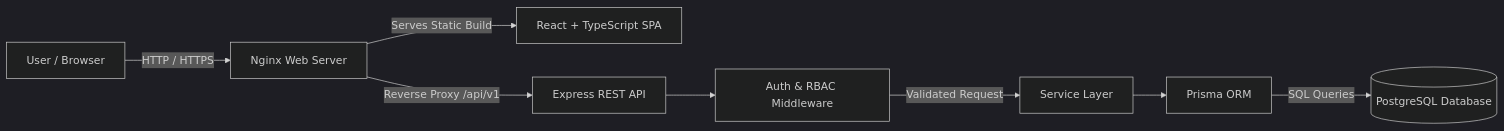
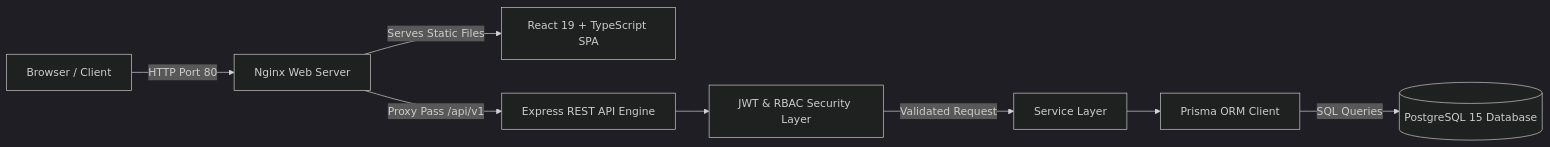
Before and after one commit to Gizmo678/nexora: the diagram in README.md, drawn with Mermaid (dark theme). The commit also changed other lines of this file and 4 other files, not shown here.

````diff
--- a/README.md
+++ b/README.md
@@ -68,19 +68,19 @@
 ```mermaid
 flowchart LR
-    U[User / Browser]
-    N[Nginx Web Server]
-    F[React + TypeScript SPA]
-    A[Express REST API]
-    M[Auth & RBAC Middleware]
-    S[Service Layer]
-    P[Prisma ORM]
-    DB[(PostgreSQL Database)]
+    Client[Browser / Client]
+    Nginx[Nginx Web Server]
+    React[React 19 + TypeScript SPA]
+    API[Express REST API Engine]
+    Auth[JWT & RBAC Security Layer]
+    Services[Service Layer]
+    Prisma[Prisma ORM Client]
+    DB[(PostgreSQL 15 Database)]
 
-    U -->|HTTP / HTTPS| N
-    N -->|Serves Static Build| F
-    N -->|Reverse Proxy /api/v1| A
-    A --> M
-    M -->|Validated Request| S
-    S --> P
-    P -->|SQL Queries| DB
+    Client -->|HTTP Port 80| Nginx
+    Nginx -->|Serves Static Files| React
+    Nginx -->|Proxy Pass /api/v1| API
+    API --> Auth
+    Auth -->|Validated Request| Services
+    Services --> Prisma
+    Prisma -->|SQL Queries| DB
 ```
````
